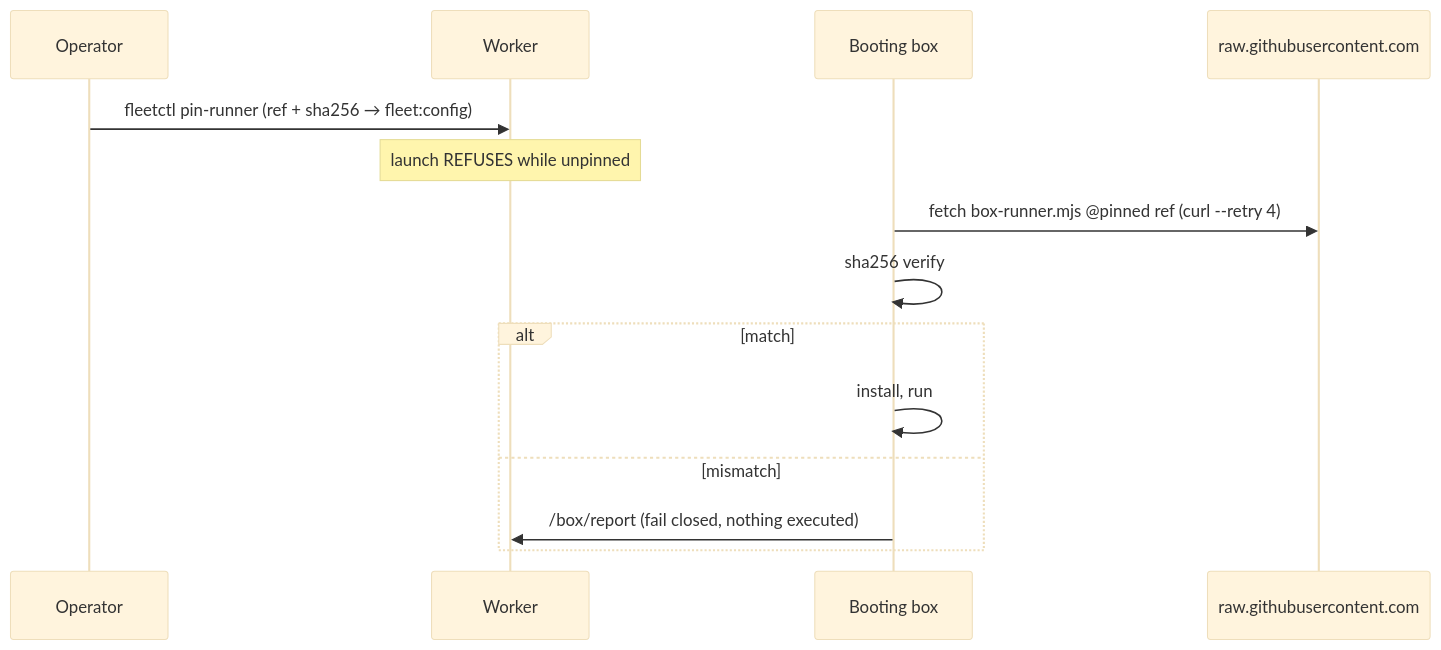
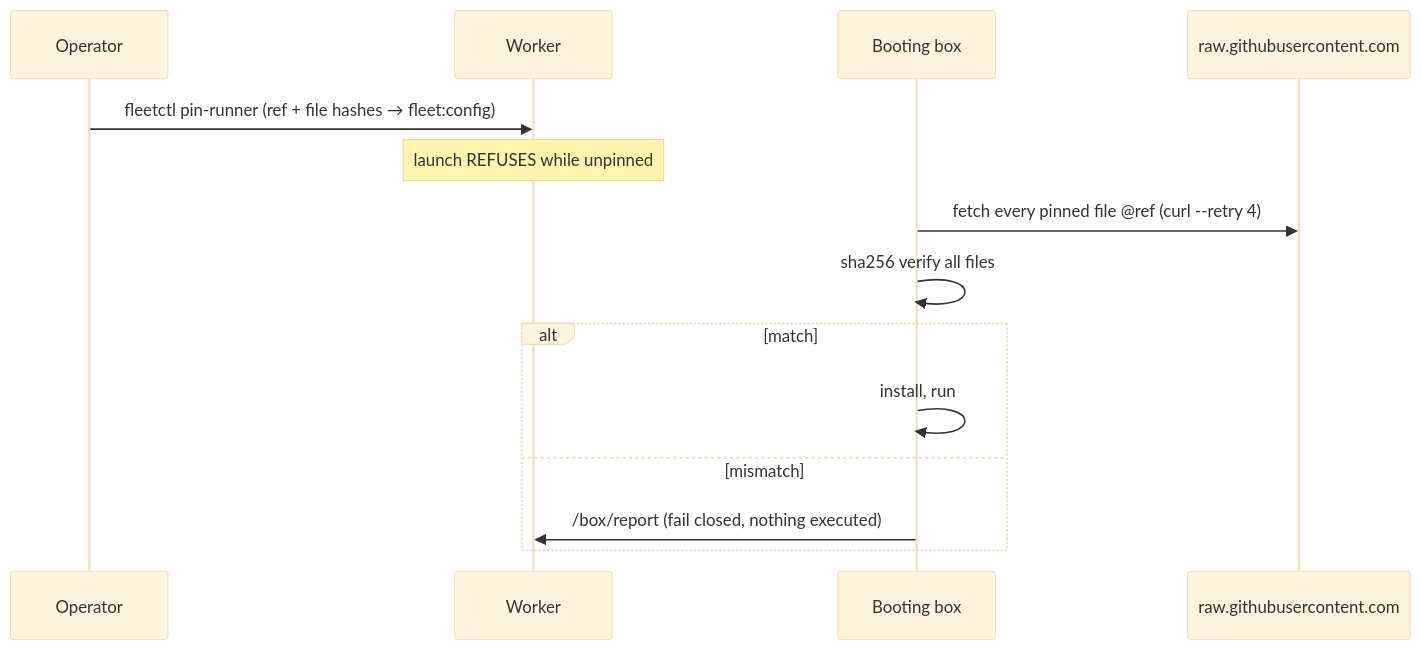
Before and after one commit to abel30567/orch-bench-fermi-mcp: the seventh of 8 diagrams in docs-site/architecture/data-flows.md, drawn with Mermaid (base theme). The commit also changed 8 other files, not shown here.

Commit message:
[pr-55] Pin a manifest of runner files at boot

````diff
--- a/docs-site/architecture/data-flows.md
+++ b/docs-site/architecture/data-flows.md
@@ -111,16 +111,16 @@
 ```mermaid
 sequenceDiagram
     participant Op as Operator
     participant W as Worker
     participant B as Booting box
     participant GH as raw.githubusercontent.com
-    Op->>W: fleetctl pin-runner (ref + sha256 → fleet:config)
+    Op->>W: fleetctl pin-runner (ref + file hashes → fleet:config)
     Note over W: launch REFUSES while unpinned
-    B->>GH: fetch box-runner.mjs @pinned ref (curl --retry 4)
-    B->>B: sha256 verify
+    B->>GH: fetch every pinned file @ref (curl --retry 4)
+    B->>B: sha256 verify all files
     alt match
         B->>B: install, run
     else mismatch
         B->>W: /box/report (fail closed, nothing executed)
     end
 ```
````
